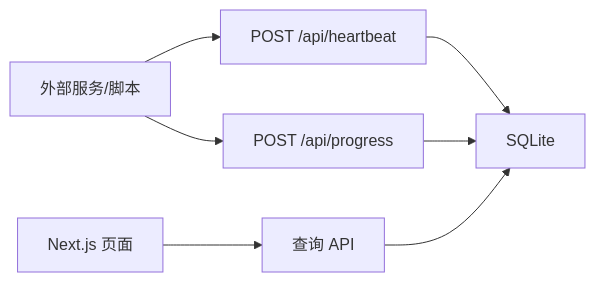
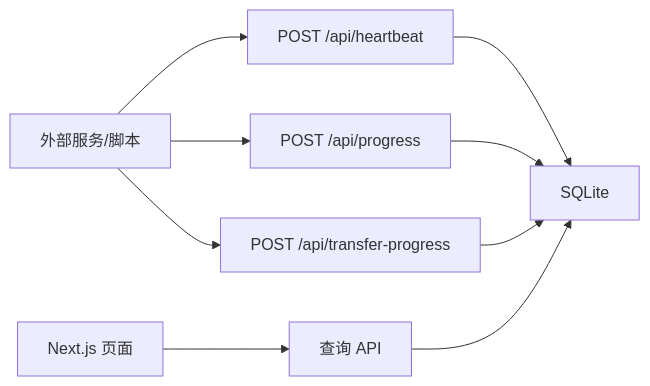
The diagram in DESIGN.md (iwascy/info-web), drawn with Mermaid before and after one commit. The commit also changed other lines of this file and 16 other files, not shown here.

````diff
--- a/DESIGN.md
+++ b/DESIGN.md
@@ -15,9 +15,11 @@
 ```mermaid
 flowchart LR
   Service["外部服务/脚本"] --> Heartbeat["POST /api/heartbeat"]
   Service --> Progress["POST /api/progress"]
+  Service --> Transfer["POST /api/transfer-progress"]
   UI["Next.js 页面"] --> Query["查询 API"]
   Heartbeat --> DB["SQLite"]
   Progress --> DB
+  Transfer --> DB
   Query --> DB
 ```
````
